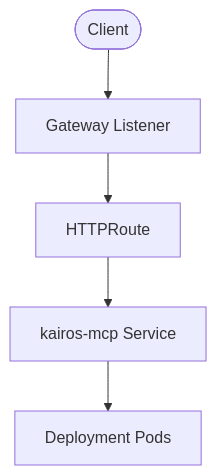
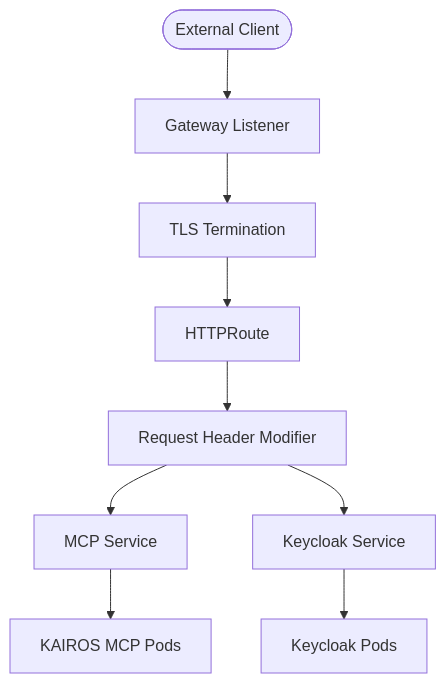
Before and after one commit to debian777/kairos-mcp: the fifth of 9 diagrams in .qoder/repowiki/en/content/Architecture & Design/Deployment & Infrastructure.md, drawn with Mermaid. The commit also changed other lines of this file and 17 other files, not shown here.

````diff
--- a/.qoder/repowiki/en/content/Architecture & Design/Deployment & Infrastructure.md
+++ b/.qoder/repowiki/en/content/Architecture & Design/Deployment & Infrastructure.md
@@ -278,7 +299,11 @@
 ```mermaid
 flowchart TD
-Start(["Client"]) --> GW["Gateway Listener"]
-GW --> RT["HTTPRoute"]
-RT --> APP["kairos-mcp Service"]
-APP --> SVC["Deployment Pods"]
+Start(["External Client"]) --> GW["Gateway Listener"]
+GW --> TLS["TLS Termination"]
+TLS --> HTTP["HTTPRoute"]
+HTTP --> Header["Request Header Modifier"]
+Header --> MCP["MCP Service"]
+Header --> KC["Keycloak Service"]
+MCP --> App["KAIROS MCP Pods"]
+KC --> Keycloak["Keycloak Pods"]
 ```
````
